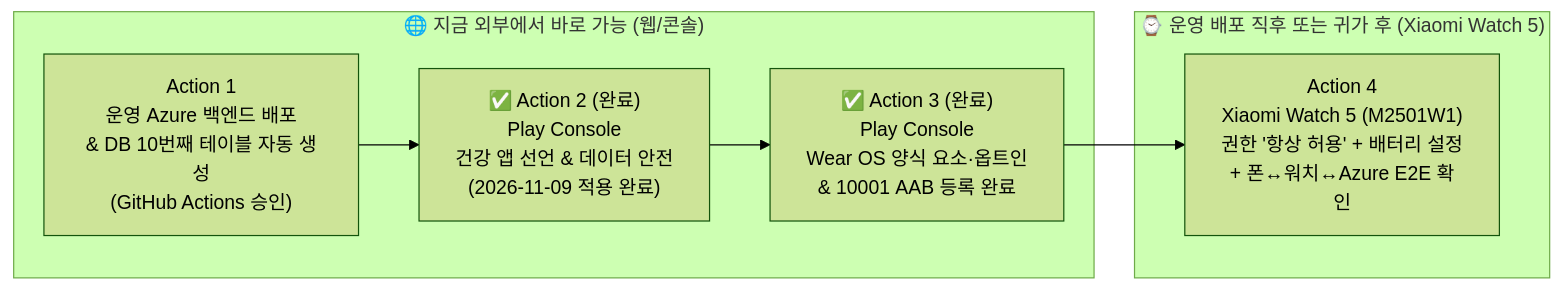
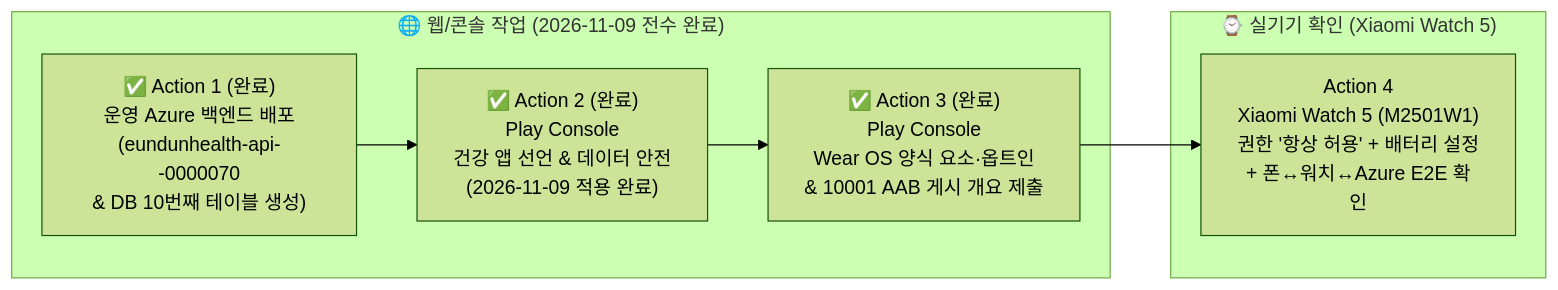
Before and after one commit to gunnysis/eundunHealth: the diagram in docs/reports/2026-11-09-wear-os-user-action-items-guide.md, drawn with Mermaid (forest theme). The commit also changed other lines of this file and 24 other files, not shown here.

Commit message:
docs(governance): sync v0.8.0/0000070 SSoT, refactor docs architecture, and harden doc_audit

````diff
--- a/docs/reports/2026-11-09-wear-os-user-action-items-guide.md
+++ b/docs/reports/2026-11-09-wear-os-user-action-items-guide.md
@@ -14,15 +14,15 @@
 ```mermaid
 flowchart LR
-    subgraph Now["🌐 지금 외부에서 바로 가능 (웹/콘솔)"]
-        A1["Action 1\n운영 Azure 백엔드 배포\n& DB 10번째 테이블 자동 생성\n(GitHub Actions 승인)"]
+    subgraph Now["🌐 웹/콘솔 작업 (2026-11-09 전수 완료)"]
+        A1["✅ Action 1 (완료)\n운영 Azure 백엔드 배포\n(eundunhealth-api--0000070\n& DB 10번째 테이블 생성)"]
         A2["✅ Action 2 (완료)\nPlay Console\n건강 앱 선언 & 데이터 안전\n(2026-11-09 적용 완료)"]
-        A3["✅ Action 3 (완료)\nPlay Console\nWear OS 양식 요소·옵트인\n& 10001 AAB 등록 완료"]
+        A3["✅ Action 3 (완료)\nPlay Console\nWear OS 양식 요소·옵트인\n& 10001 AAB 게시 개요 제출"]
         A1 --> A2 --> A3
     end
 
-    subgraph Watch["⌚ 운영 배포 직후 또는 귀가 후 (Xiaomi Watch 5)"]
+    subgraph Watch["⌚ 실기기 확인 (Xiaomi Watch 5)"]
         A4["Action 4\nXiaomi Watch 5 (M2501W1)\n권한 '항상 허용' + 배터리 설정\n+ 폰↔워치↔Azure E2E 확인"]
     end
 
     A3 --> A4
 ```
````
